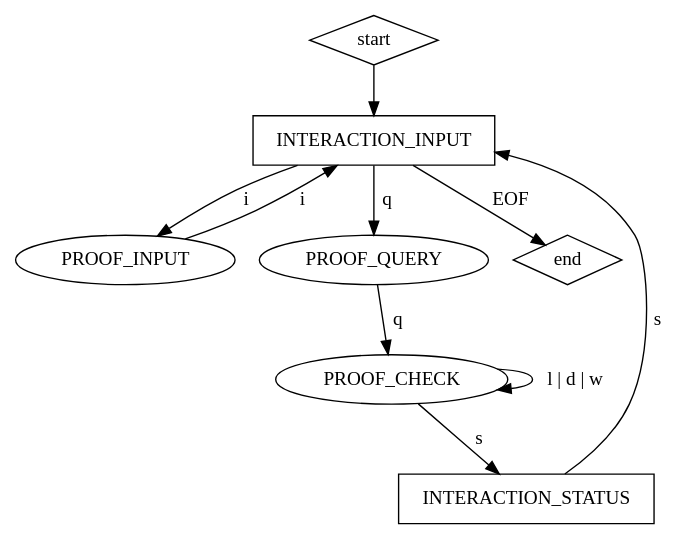
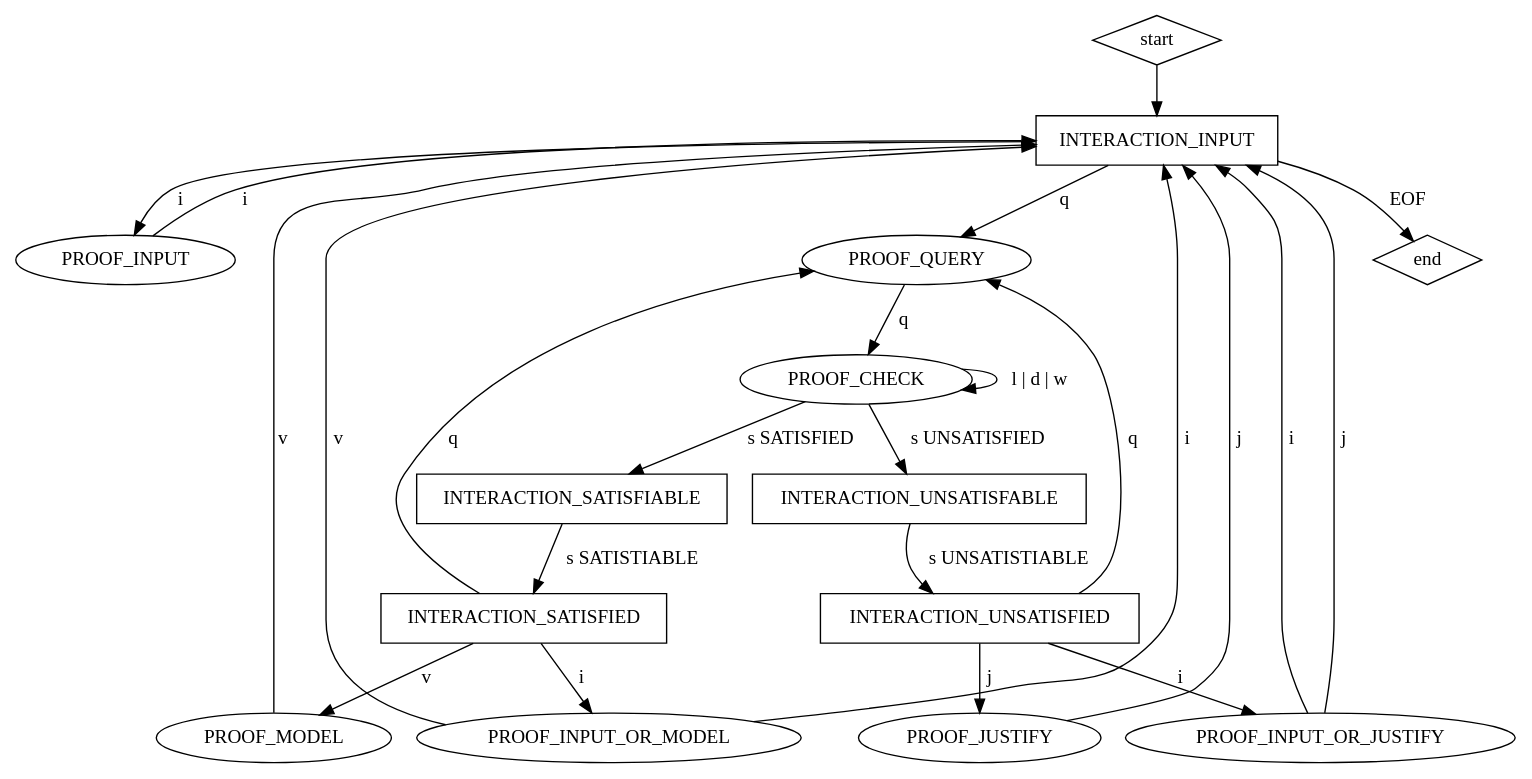
The diagram in idrup-check.dot (arminbiere/lidrup-check), drawn with Graphviz before and after one commit.

Commit message:
seems complete for first go

```diff
--- a/idrup-check.dot
+++ b/idrup-check.dot
@@ -1,21 +1,44 @@
 digraph "idrup-check" {
 
   start [shape=diamond];
   start -> INTERACTION_INPUT;
 
   INTERACTION_INPUT [shape=box];
   INTERACTION_INPUT -> PROOF_INPUT [label=" i "];
   INTERACTION_INPUT -> PROOF_QUERY [label=" q "];
   INTERACTION_INPUT -> end [label=" EOF "];
 
   PROOF_INPUT -> INTERACTION_INPUT [label=" i "];
 
   PROOF_QUERY -> PROOF_CHECK [label=" q "];
   PROOF_CHECK -> PROOF_CHECK [label=" l | d | w "];
-  PROOF_CHECK -> INTERACTION_STATUS [label=" s "];
+  PROOF_CHECK -> INTERACTION_SATISFIABLE [label=" s SATISFIED "];
+  PROOF_CHECK -> INTERACTION_UNSATISFABLE [label=" s UNSATISFIED "];
 
-  INTERACTION_STATUS [shape=box];
-  INTERACTION_STATUS -> INTERACTION_INPUT [label=" s "];
+  INTERACTION_UNSATISFABLE [shape="box"];
+  INTERACTION_UNSATISFABLE -> INTERACTION_UNSATISFIED [label=" s UNSATISTIABLE "];
+
+  INTERACTION_SATISFIABLE [shape="box"];
+  INTERACTION_SATISFIABLE -> INTERACTION_SATISFIED [label=" s SATISTIABLE "];
+
+  INTERACTION_SATISFIED [shape=box];
+  INTERACTION_SATISFIED -> PROOF_MODEL [label=" v "];
+  INTERACTION_SATISFIED -> PROOF_INPUT_OR_MODEL [label=" i "];
+  INTERACTION_SATISFIED -> PROOF_QUERY [label=" q "];
+
+  INTERACTION_UNSATISFIED [shape=box];
+  INTERACTION_UNSATISFIED -> PROOF_JUSTIFY [label=" j "];
+  INTERACTION_UNSATISFIED -> PROOF_INPUT_OR_JUSTIFY [label=" i "];
+  INTERACTION_UNSATISFIED -> PROOF_QUERY [label=" q "];
+
+  PROOF_MODEL -> INTERACTION_INPUT [label=" v"];
+  PROOF_JUSTIFY -> INTERACTION_INPUT [label=" j "];
+
+  PROOF_INPUT_OR_MODEL -> INTERACTION_INPUT [label=" i "];
+  PROOF_INPUT_OR_MODEL -> INTERACTION_INPUT [label=" v "];
+
+  PROOF_INPUT_OR_JUSTIFY -> INTERACTION_INPUT [label=" i "];
+  PROOF_INPUT_OR_JUSTIFY -> INTERACTION_INPUT [label=" j "];
 
   end [shape=diamond];
 }
```
